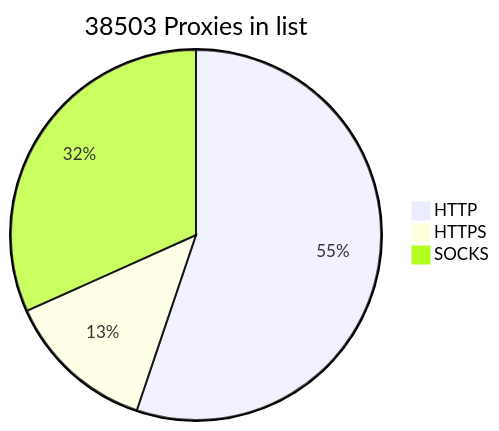
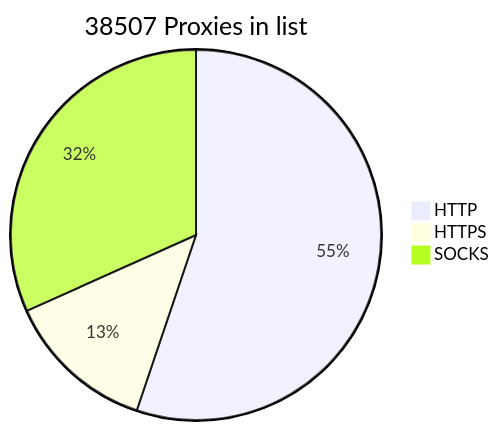
Before and after one commit to BlackSnowDot/proxylist-update-every-minute: the diagram in README.md, drawn with Mermaid.

````diff
--- a/README.md
+++ b/README.md
@@ -2,6 +2,6 @@
 ```mermaid
-pie title 38503 Proxies in list
+pie title 38507 Proxies in list
     "HTTP" : 23596
-    "HTTPS": 5604
+    "HTTPS": 5606
     "SOCKS" : 13559
 ```
````
